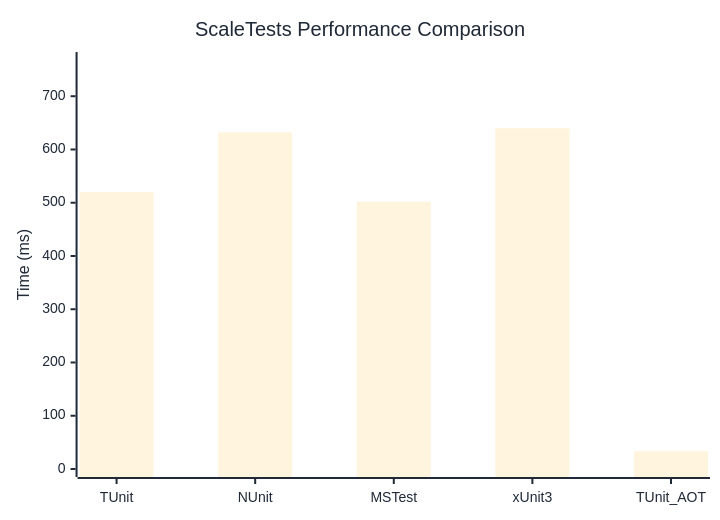
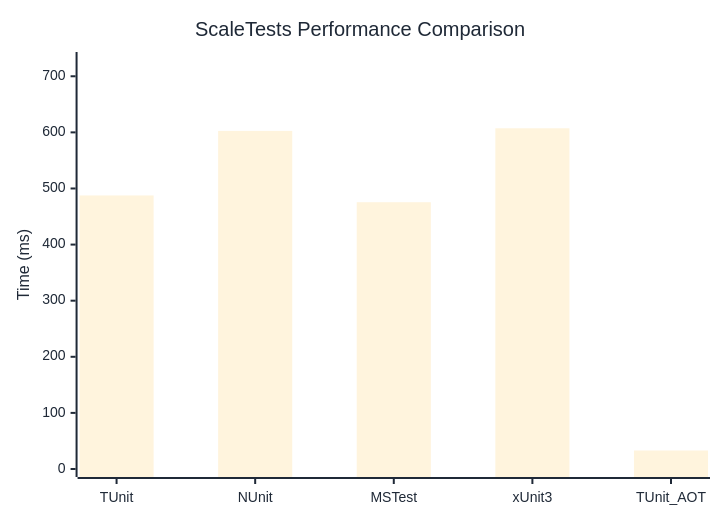
The diagram in docs/docs/benchmarks/ScaleTests.md (thomhurst/TUnit), drawn with Mermaid before and after one commit. The commit also changed other lines of this file and 17 other files, not shown here.

````diff
--- a/docs/docs/benchmarks/ScaleTests.md
+++ b/docs/docs/benchmarks/ScaleTests.md
@@ -27,37 +27,37 @@
 ```mermaid
 %%{init: {
   'theme':'base',
   'themeVariables': {
     'primaryColor': '#2563eb',
     'primaryTextColor': '#1f2937',
     'primaryBorderColor': '#1e40af',
     'lineColor': '#6b7280',
     'secondaryColor': '#7c3aed',
     'tertiaryColor': '#dc2626',
     'background': '#ffffff',
     'mainBkg': '#2563eb',
     'secondBkg': '#7c3aed',
     'tertiaryBkg': '#dc2626',
     'clusterBkg': '#f3f4f6',
     'edgeLabelBackground': '#ffffff',
     'tertiaryTextColor': '#1f2937',
     'pie1': '#2563eb',
     'pie2': '#7c3aed',
     'pie3': '#dc2626',
     'pie4': '#f59e0b',
     'pie5': '#10b981',
     'pie6': '#06b6d4',
     'pie7': '#ec4899',
     'pie8': '#6366f1',
     'pie9': '#84cc16',
     'pie10': '#f97316',
     'pie11': '#14b8a6',
     'pie12': '#a855f7'
   }
 }}%%
 xychart-beta
   title "ScaleTests Performance Comparison"
   x-axis ["TUnit", "NUnit", "MSTest", "xUnit3", "TUnit_AOT"]
-  y-axis "Time (ms)" 0 --> 768
-  bar [520.01, 632.09, 501.73, 639.95, 33.38]
+  y-axis "Time (ms)" 0 --> 729
+  bar [487.56, 602.6, 475.49, 607.33, 32.98]
 ```
````
